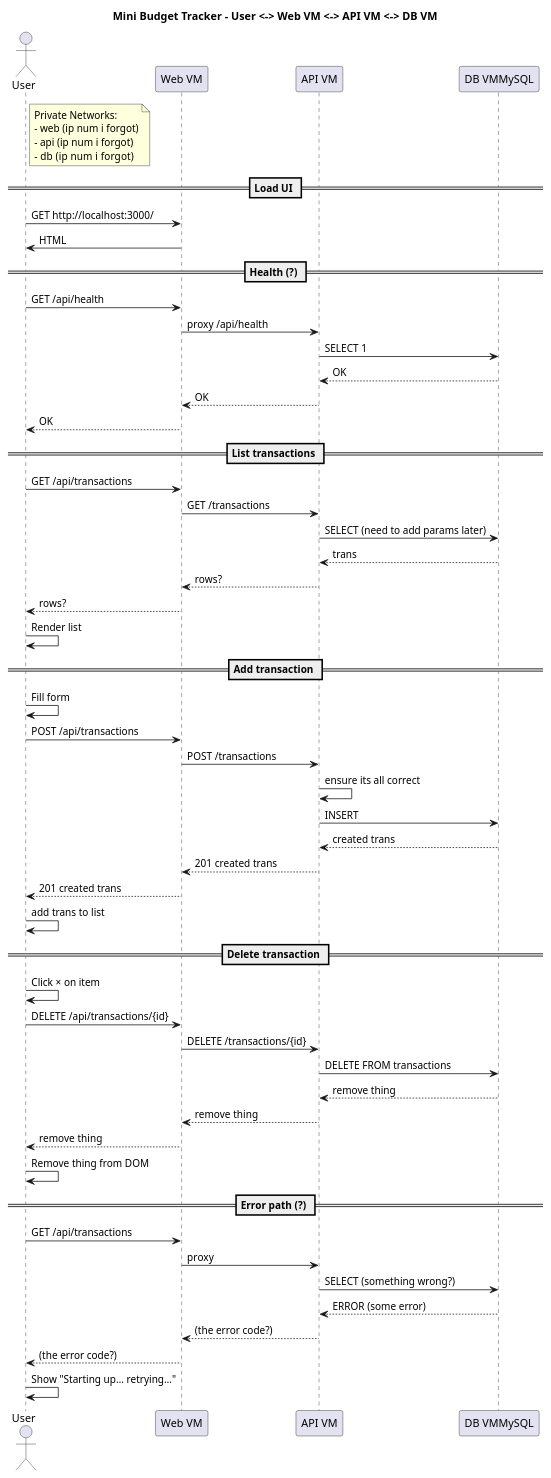
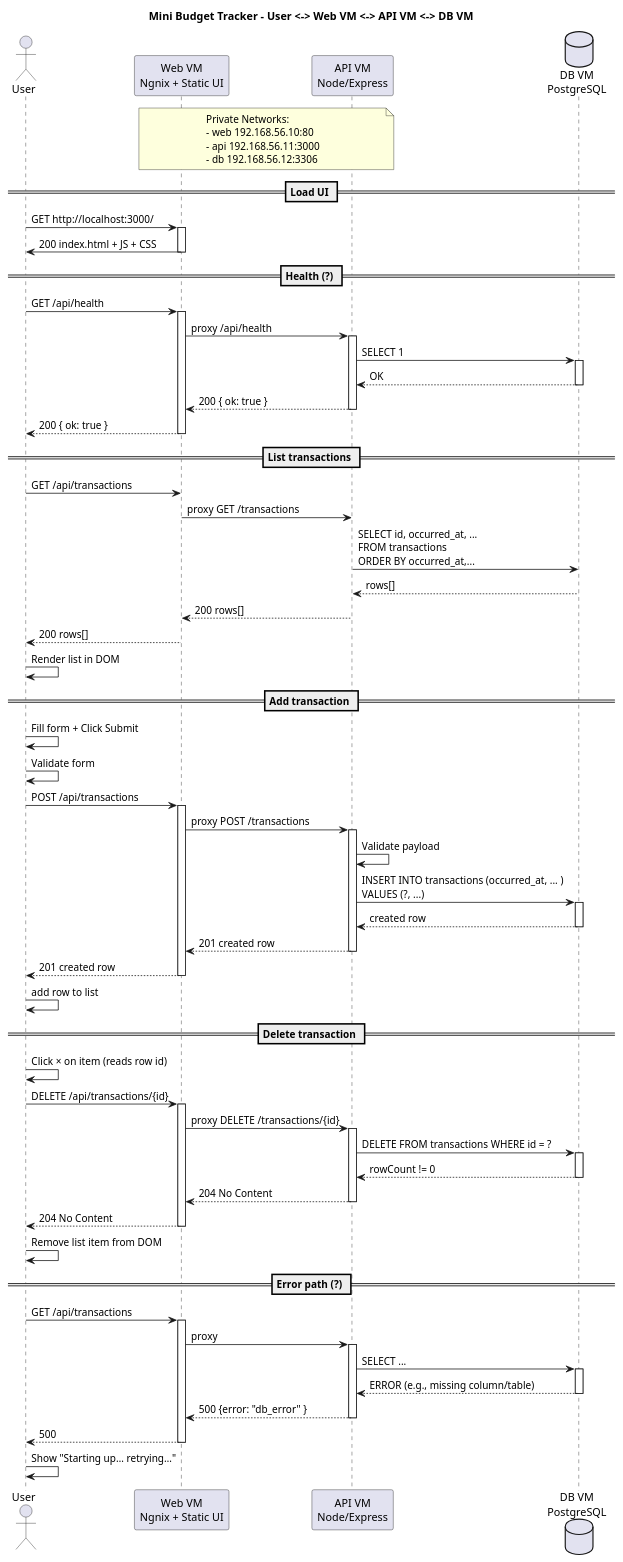
One commit to BrooklynT101/Mini-Budget-Tracker-App changed the diagram in doc/seqDiagram.puml. Above: the diagram before and after it, drawn with PlantUML. The commit also changed 1 other file, not shown here.

Commit message:
Updated Seq Diagram:
- just updated missing values and made it look a little tidier

```diff
--- a/doc/seqDiagram.puml
+++ b/doc/seqDiagram.puml
@@ -1,68 +1,95 @@
-@startuml
+@startuml 
 title Mini Budget Tracker - User <-> Web VM <-> API VM <-> DB VM
 
 actor User as U
-participant "Web VM" as W
-participant "API VM" as A
-participant "DB VMMySQL" as D
+participant "Web VM\nNgnix + Static UI" as W
+participant "API VM\nNode/Express" as A
+database "DB VM\nPostgreSQL" as D
 
-note right of U
+note over W,A
 Private Networks:
-- web (ip num i forgot)
-- api (ip num i forgot)
-- db  (ip num i forgot)
+- web 192.168.56.10:80
+- api 192.168.56.11:3000
+- db 192.168.56.12:3306
 end note
 
 
 == Load UI ==
 U -> W: GET http://localhost:3000/
-U <- W: HTML
+activate W
+U <- W: 200 index.html + JS + CSS
+deactivate W
 
 == Health (?) ==
 U -> W: GET /api/health
+activate W
 W -> A: proxy /api/health
+activate A
 A -> D: SELECT 1
+activate D
 D --> A: OK
-A --> W: OK
-W --> U: OK
+deactivate D
+A --> W: 200 { ok: true }
+deactivate A
+W --> U: 200 { ok: true }
+deactivate W
 
 == List transactions ==
 U -> W: GET /api/transactions
-W -> A: GET /transactions
-A -> D: SELECT (need to add params later)
-D --> A: trans
-A --> W: rows?
-W --> U: rows?
-U -> U: Render list
+W -> A: proxy GET /transactions
+A -> D: SELECT id, occurred_at, ... \nFROM transactions \nORDER BY occurred_at,...
+D --> A: rows[]
+A --> W: 200 rows[]
+W --> U: 200 rows[]
+U -> U: Render list in DOM
 
 == Add transaction ==
-U -> U: Fill form
+U -> U: Fill form + Click Submit
+U -> U: Validate form
 U -> W: POST /api/transactions
-W -> A: POST /transactions
-A -> A: ensure its all correct
-A -> D: INSERT 
-D --> A: created trans
-A --> W: 201 created trans
-W --> U: 201 created trans
-U -> U: add trans to list
+activate W
+W -> A: proxy POST /transactions
+activate A
+A -> A: Validate payload
+A -> D: INSERT INTO transactions (occurred_at, ... ) \nVALUES (?, ...)
+activate D
+D --> A: created row
+deactivate D
+A --> W: 201 created row
+deactivate A
+W --> U: 201 created row
+deactivate W
+U -> U: add row to list
 
 == Delete transaction ==
-U -> U: Click × on item
+U -> U: Click × on item (reads row id)
 U -> W: DELETE /api/transactions/{id}
-W -> A: DELETE /transactions/{id}
-A -> D: DELETE FROM transactions
-D --> A: remove thing
-A --> W: remove thing
-W --> U: remove thing
-U -> U: Remove thing from DOM
+activate W
+W -> A: proxy DELETE /transactions/{id}
+activate A
+A -> D: DELETE FROM transactions WHERE id = ?
+activate D
+D --> A: rowCount != 0
+deactivate D
+A --> W: 204 No Content
+deactivate A
+W --> U: 204 No Content
+deactivate W
+U -> U: Remove list item from DOM
 
 == Error path (?) ==
 U -> W: GET /api/transactions
+activate W
 W -> A: proxy
-A -> D: SELECT (something wrong?)
-D --> A: ERROR (some error)
-A --> W: (the error code?)
-W --> U: (the error code?)
+activate A
+A -> D: SELECT ...
+activate D
+D --> A: ERROR (e.g., missing column/table)
+deactivate D
+A --> W: 500 {error: "db_error" }
+deactivate A
+W --> U: 500
+deactivate W
 U -> U: Show "Starting up… retrying…"
 
 @enduml
```
